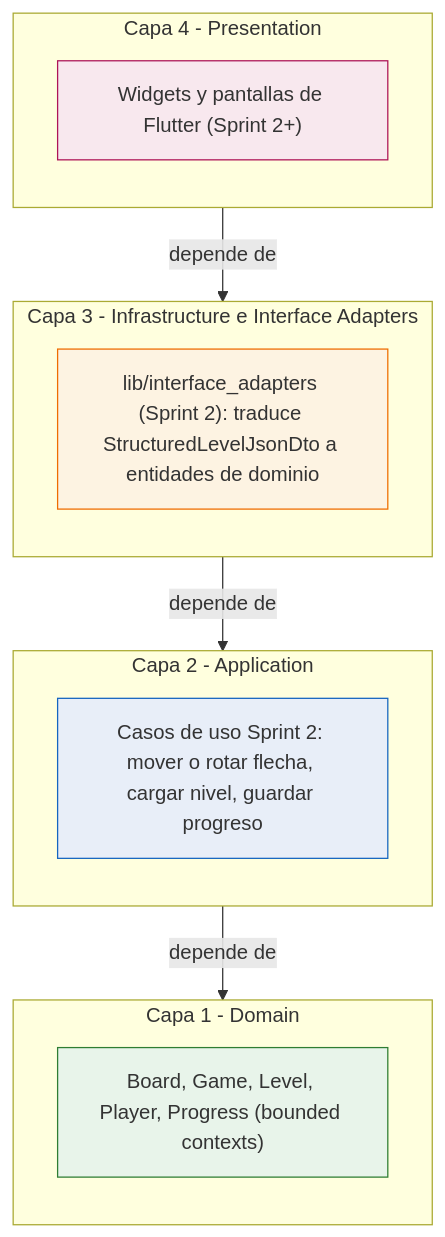
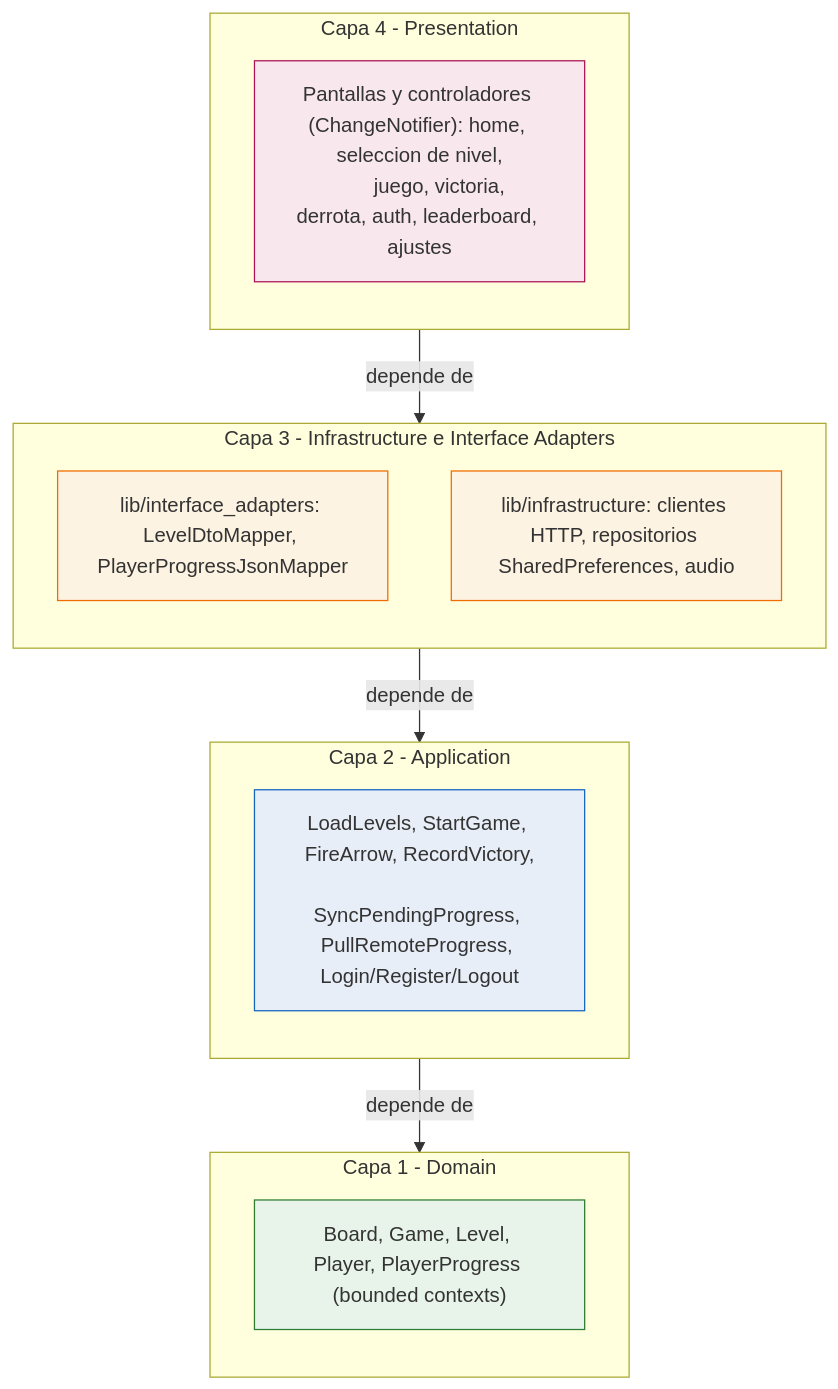
The diagram in docs/architecture/clean-architecture.mmd (Mianjoy/Arrow-Maze-Escape-Puzzle), drawn with Mermaid before and after one commit. The commit also changed 1 other file, not shown here.

Commit message:
docs(readme): reflect actual implementation state, drop stale sprint framing
The README and layer diagram still described a Sprint 1 placeholder
screen with every use case, adapter and real screen pending, when the
app is fully playable with all four layers implemented and tested.
Update the description, layer diagram/table, offline-first sync
section, design patterns table (add Decorator for CachedLevelRepository,
Adapter for the JSON mappers), and add a concrete DIP code snippet to
the SOLID section as the rubric requires.

```diff
--- a/docs/architecture/clean-architecture.mmd
+++ b/docs/architecture/clean-architecture.mmd
@@ -1,35 +1,36 @@
 flowchart TB
     %% Diagrama de capas - Clean Architecture (frontend Arrow Maze).
-    %% Placeholder de Sprint 1: las flechas van de afuera hacia adentro
-    %% (las capas externas dependen de las internas, nunca al reves).
-    %% Se refinara en Sprint 3 con las pantallas y adaptadores reales
-    %% una vez existan (Sprint 2).
+    %% Las flechas van de afuera hacia adentro (las capas externas dependen
+    %% de las internas, nunca al reves) - Regla de Dependencia respetada.
     subgraph L4["Capa 4 - Presentation"]
         direction TB
-        UI["Widgets y pantallas de Flutter (Sprint 2+)"]
+        UI["Pantallas y controladores (ChangeNotifier): home, seleccion de nivel,
+        juego, victoria, derrota, auth, leaderboard, ajustes"]
     end
     subgraph L3["Capa 3 - Infrastructure e Interface Adapters"]
         direction TB
-        Adapters["lib/interface_adapters (Sprint 2): traduce StructuredLevelJsonDto a entidades de dominio"]
+        Adapters["lib/interface_adapters: LevelDtoMapper, PlayerProgressJsonMapper"]
+        Infra["lib/infrastructure: clientes HTTP, repositorios SharedPreferences, audio"]
     end
     subgraph L2["Capa 2 - Application"]
         direction TB
-        UseCases["Casos de uso Sprint 2: mover o rotar flecha, cargar nivel, guardar progreso"]
+        UseCases["LoadLevels, StartGame, FireArrow, RecordVictory,
+        SyncPendingProgress, PullRemoteProgress, Login/Register/Logout"]
     end
     subgraph L1["Capa 1 - Domain"]
         direction TB
-        Entities["Board, Game, Level, Player, Progress (bounded contexts)"]
+        Entities["Board, Game, Level, Player, PlayerProgress (bounded contexts)"]
     end
 
     L4 -->|depende de| L3
     L3 -->|depende de| L2
     L2 -->|depende de| L1
 
     classDef domain fill:#e8f4ea,stroke:#2e7d32
     classDef app fill:#e8eef8,stroke:#1565c0
     classDef adapters fill:#fdf3e2,stroke:#ef6c00
     classDef presentation fill:#f8e8ee,stroke:#ad1457
     class Entities domain
     class UseCases app
-    class Adapters adapters
+    class Adapters,Infra adapters
     class UI presentation
```
